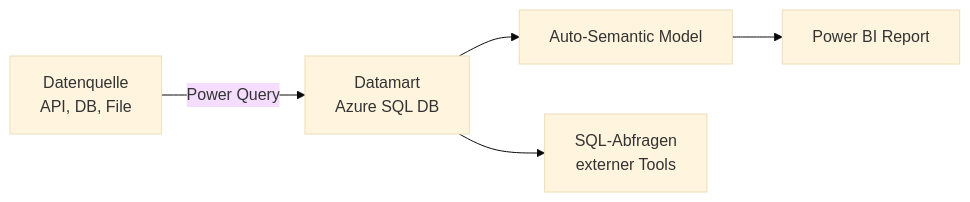
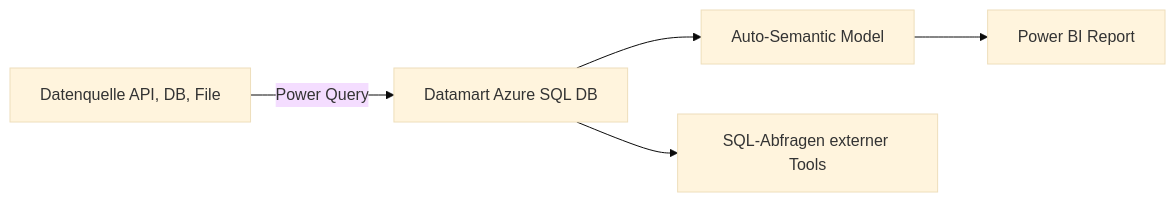
The sixth of 9 diagrams in Microsoft 365/Azure/Fabric/Power BI in Fabric.md (SoniiiT/notes-n-docs), drawn with Mermaid (base theme) before and after one commit. The commit also changed other lines of this file and 124 other files, not shown here.

First line of the commit message:
fix: Entferne \n aus allen Mermaid-Diagrammen (125 Dateien)

````diff
--- a/Microsoft 365/Azure/Fabric/Power BI in Fabric.md
+++ b/Microsoft 365/Azure/Fabric/Power BI in Fabric.md
@@ -246,7 +246,7 @@
 ```mermaid
 graph LR
-    A[Datenquelle\nAPI, DB, File] -->|Power Query| B[Datamart\nAzure SQL DB]
+    A[Datenquelle API, DB, File] -->|Power Query| B[Datamart Azure SQL DB]
     B --> C[Auto-Semantic Model]
     C --> D[Power BI Report]
-    B --> E[SQL-Abfragen\nexterner Tools]
+    B --> E[SQL-Abfragen externer Tools]
 ```
````
